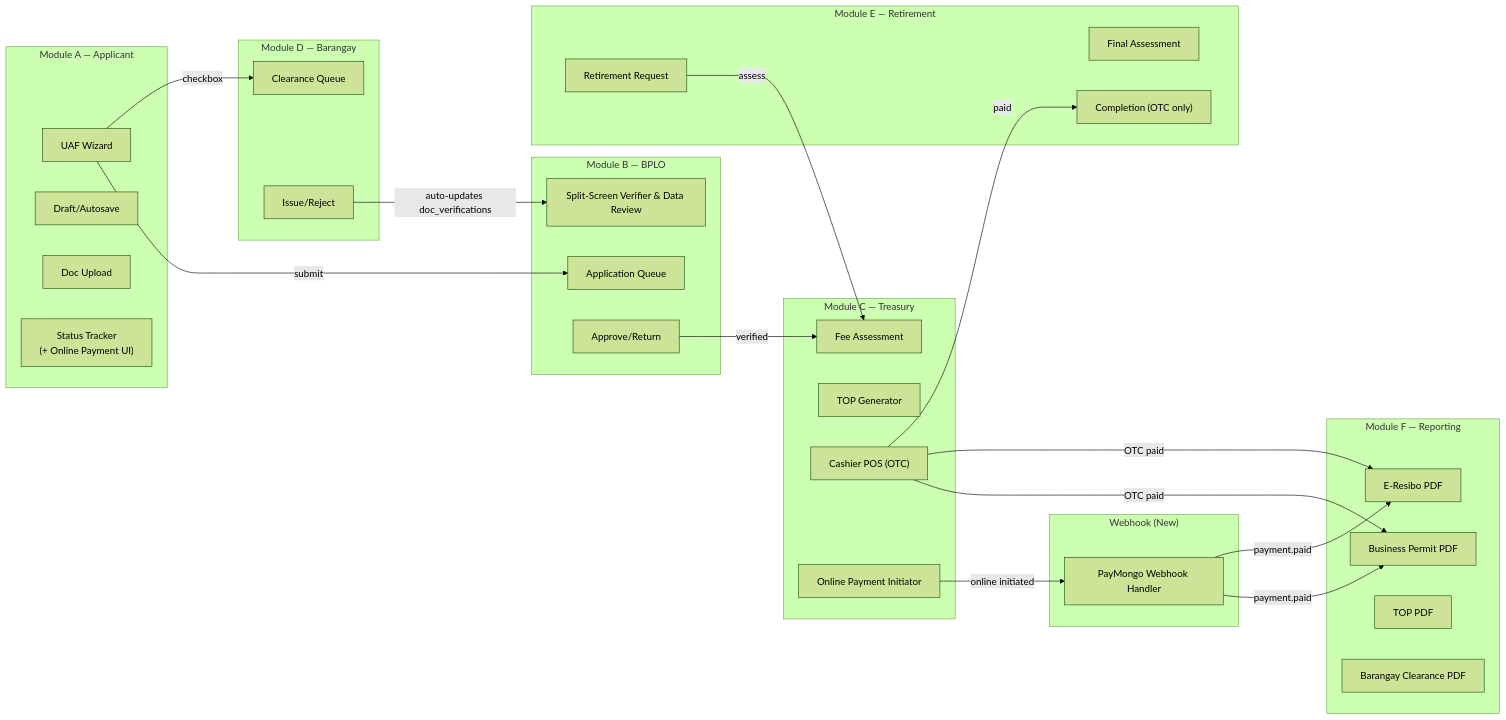
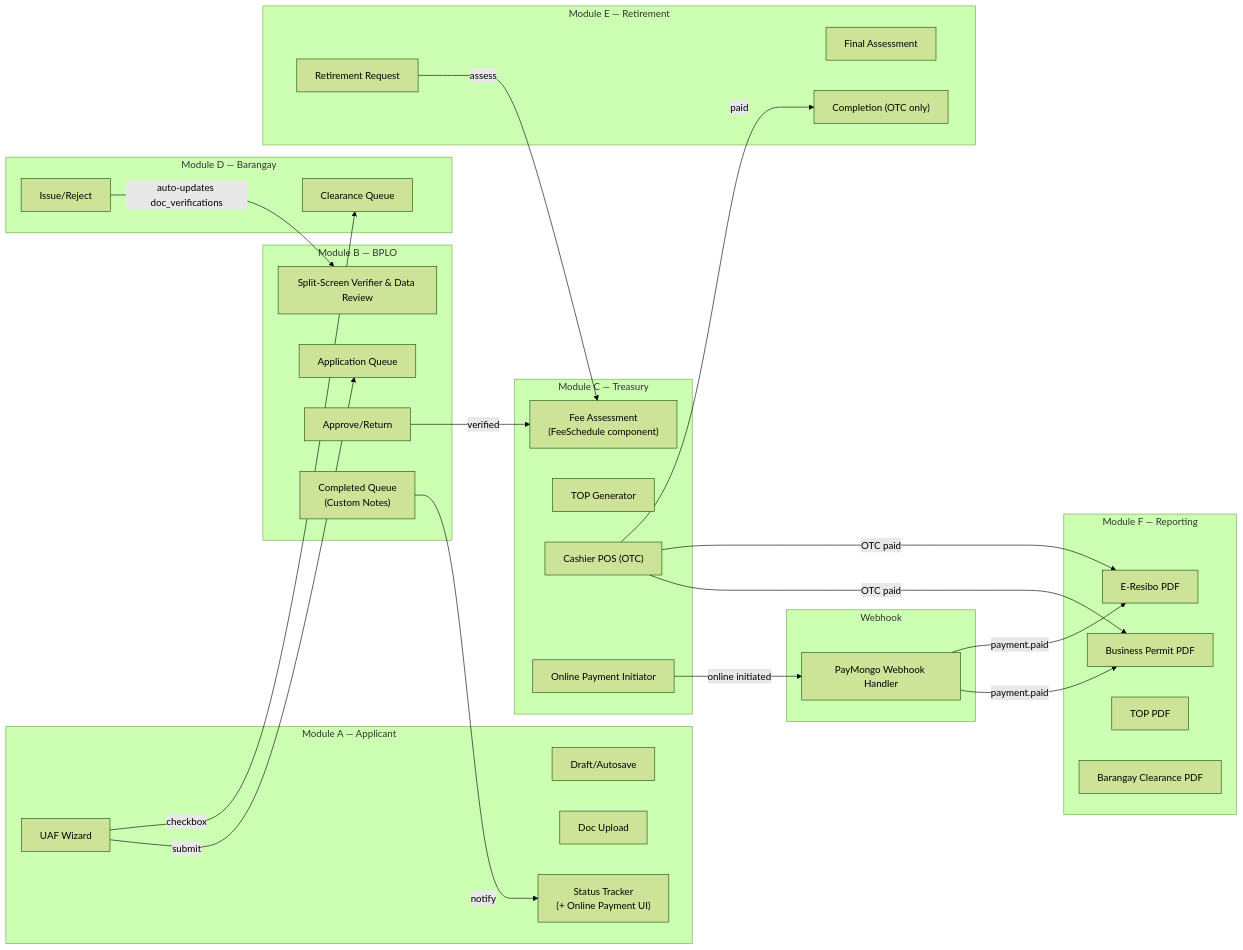
One commit to albuerocedrick/ebpls changed the second of 6 diagrams in system-planning/eBPLS_System_Architecture.md. Above: the diagram before and after it, drawn with Mermaid (forest theme). The commit also changed other lines of this file and 9 other files, not shown here.

````diff
--- a/system-planning/eBPLS_System_Architecture.md
+++ b/system-planning/eBPLS_System_Architecture.md
@@ -89,54 +94,56 @@
 ```mermaid
 graph LR
     subgraph "Module A — Applicant"
         A1["UAF Wizard"]
         A2["Draft/Autosave"]
         A3["Doc Upload"]
         A4["Status Tracker<br/>(+ Online Payment UI)"]
     end
 
     subgraph "Module B — BPLO"
         B1["Application Queue"]
         B2["Split-Screen Verifier & Data Review"]
         B3["Approve/Return"]
+        B4["Completed Queue<br/>(Custom Notes)"]
     end
 
     subgraph "Module C — Treasury"
-        C1["Fee Assessment"]
+        C1["Fee Assessment<br/>(FeeSchedule component)"]
         C2["TOP Generator"]
         C3["Cashier POS (OTC)"]
         C4["Online Payment Initiator"]
     end
 
     subgraph "Module D — Barangay"
         D1["Clearance Queue"]
         D2["Issue/Reject"]
     end
 
     subgraph "Module E — Retirement"
         E1["Retirement Request"]
         E2["Final Assessment"]
         E3["Completion (OTC only)"]
     end
 
     subgraph "Module F — Reporting"
         F1["Business Permit PDF"]
         F2["E-Resibo PDF"]
         F3["TOP PDF"]
         F4["Barangay Clearance PDF"]
     end
 
-    subgraph "Webhook (New)"
+    subgraph "Webhook"
         W1["PayMongo Webhook Handler"]
     end
 
     A1 -->|submit| B1
     B3 -->|verified| C1
+    B4 -->|notify| A4
     C3 -->|OTC paid| F1 & F2
     C4 -->|online initiated| W1
     W1 -->|payment.paid| F1 & F2
     A1 -->|checkbox| D1
     D2 -->|"auto-updates doc_verifications"| B2
     E1 -->|assess| C1
     C3 -->|paid| E3
 ```
````
